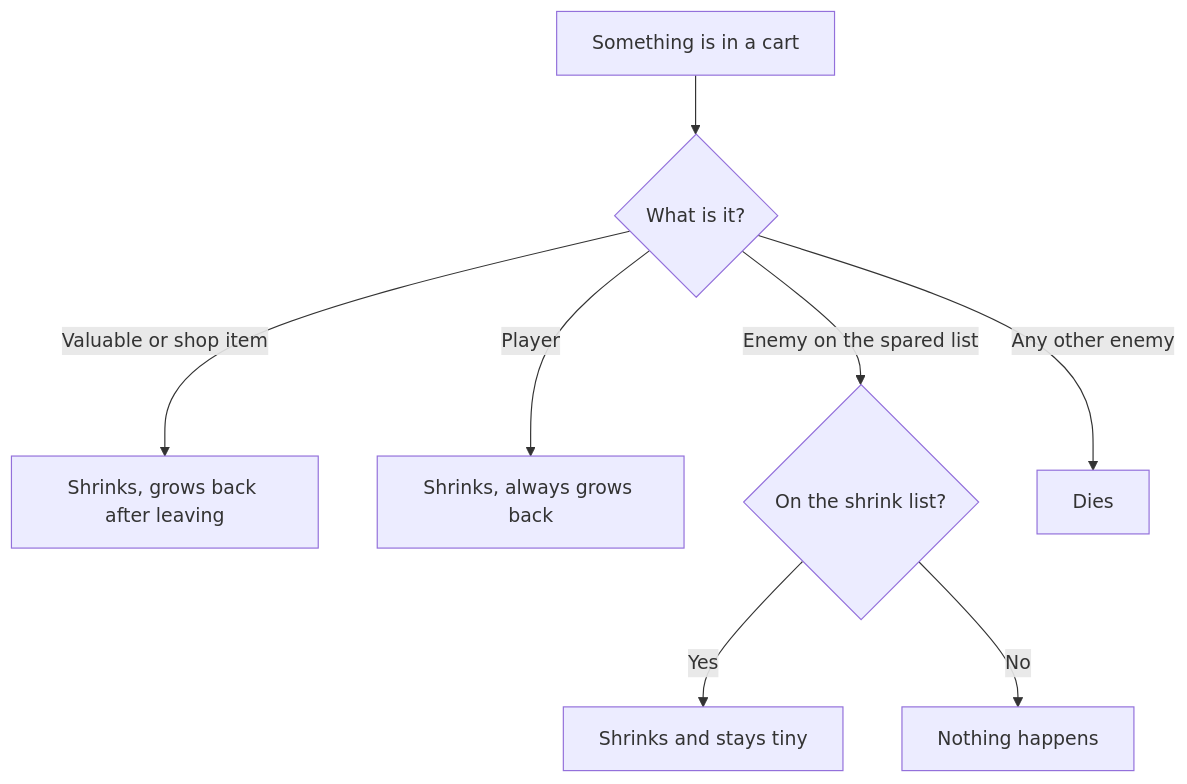
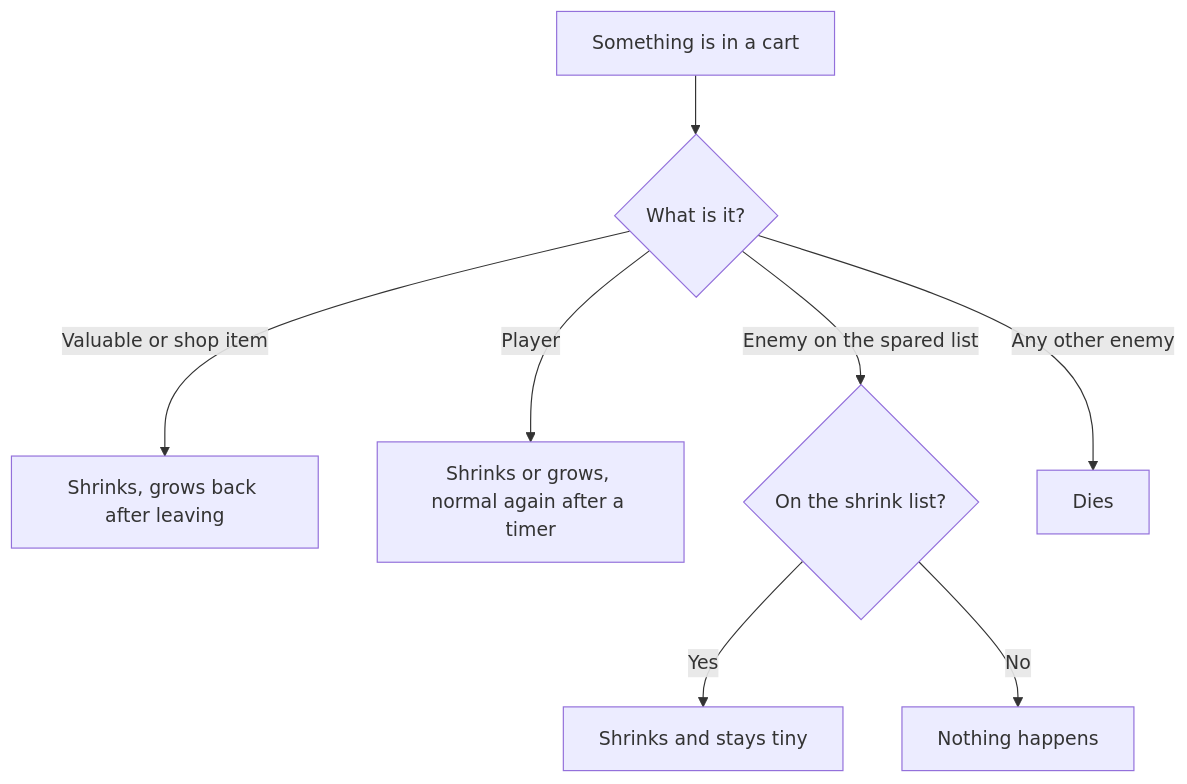
One commit to purplehaxttv/TinyCart changed the diagram in README.md. Above: the diagram before and after it, drawn with Mermaid. The commit also changed other lines of this file and 7 other files, not shown here.

````diff
--- a/README.md
+++ b/README.md
@@ -16,10 +16,10 @@
 ```mermaid
 flowchart TD
     A[Something is in a cart] --> B{What is it?}
     B -->|Valuable or shop item| C[Shrinks, grows back after leaving]
-    B -->|Player| D[Shrinks, always grows back]
+    B -->|Player| D[Shrinks or grows, normal again after a timer]
     B -->|Enemy on the spared list| E{On the shrink list?}
     B -->|Any other enemy| F[Dies]
     E -->|Yes| G[Shrinks and stays tiny]
     E -->|No| H[Nothing happens]
 ```
````
